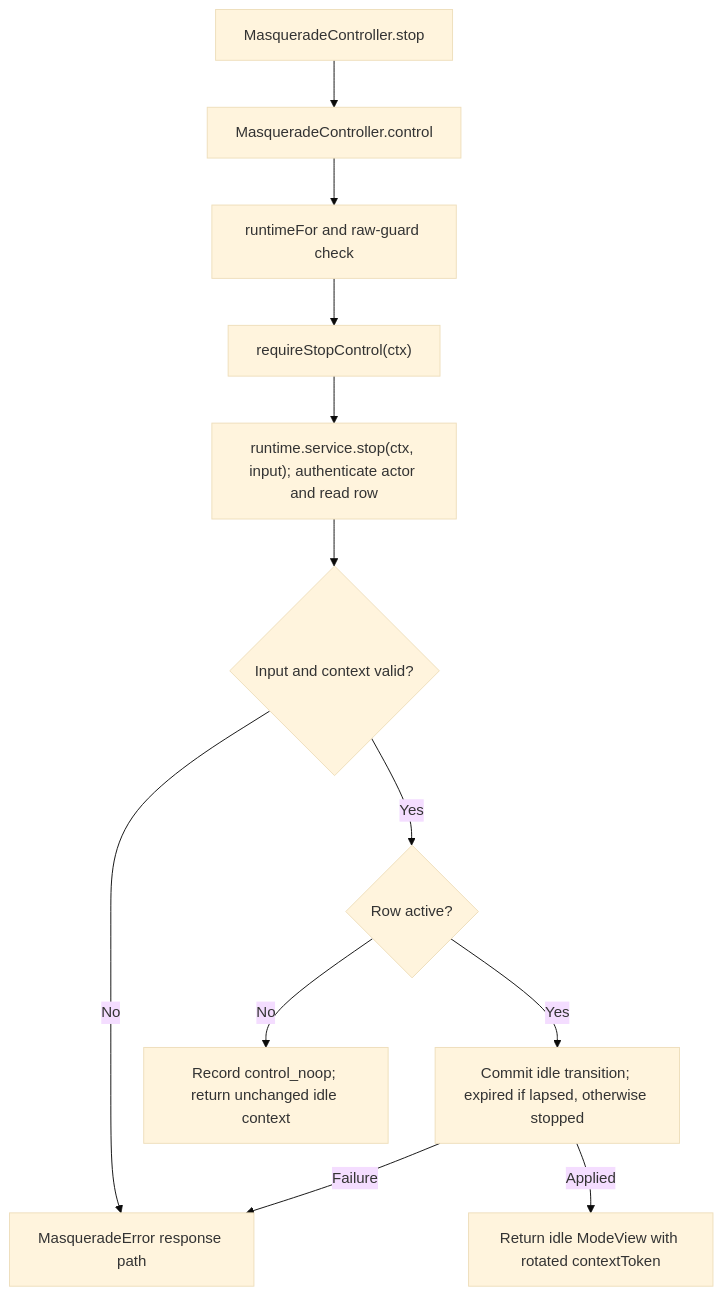
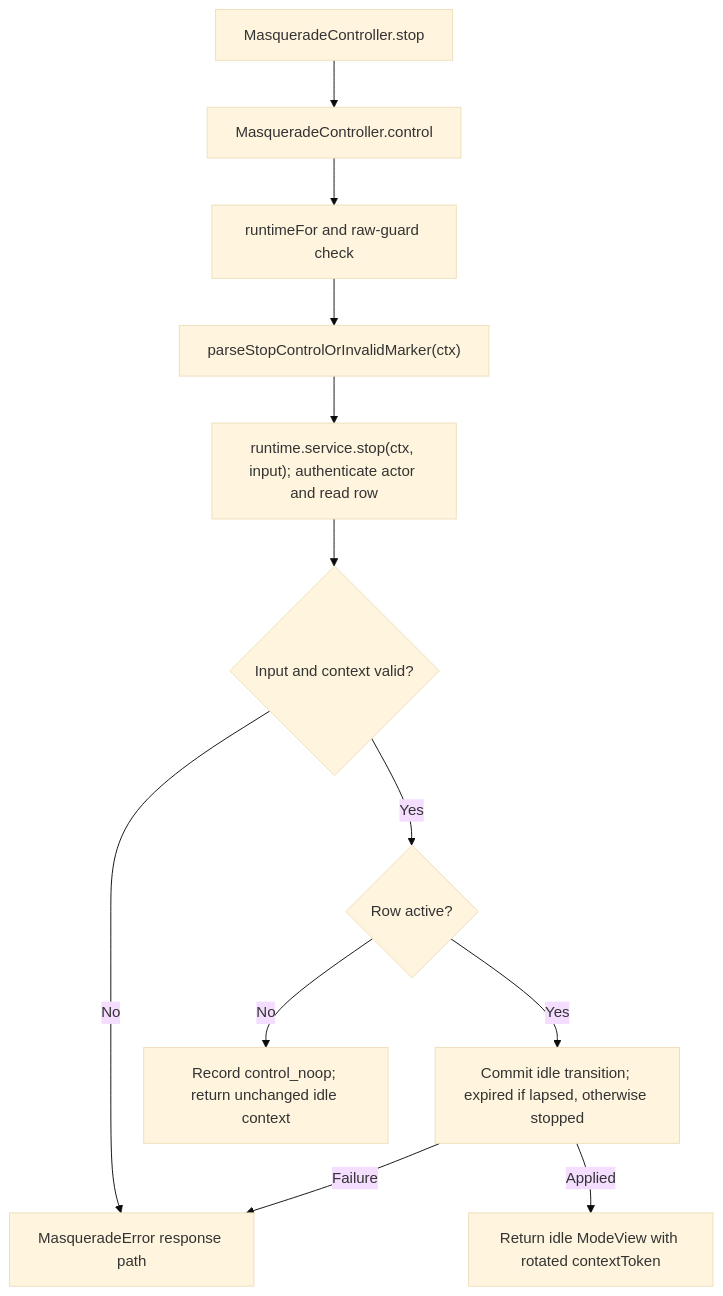
One commit to Kevinjohn/oss-adonisjs-masquerade changed the second of 2 diagrams in user-stories/start-stop-mode/us-actor-04-stop-mode.md. Above: the diagram before and after it, drawn with Mermaid (base theme). The commit also changed other lines of this file and 25 other files, not shown here.

````diff
--- a/user-stories/start-stop-mode/us-actor-04-stop-mode.md
+++ b/user-stories/start-stop-mode/us-actor-04-stop-mode.md
@@ -41,14 +41,14 @@
 ```mermaid
 flowchart TD
     A["MasqueradeController.stop"] --> B["MasqueradeController.control"]
     B --> C["runtimeFor and raw-guard check"]
-    C --> D["requireStopControl(ctx)"]
+    C --> D["parseStopControlOrInvalidMarker(ctx)"]
     D --> E["runtime.service.stop(ctx, input); authenticate actor and read row"]
     E --> F{"Input and context valid?"}
     F -->|No| H["MasqueradeError response path"]
     F -->|Yes| Q{"Row active?"}
     Q -->|No| K["Record control_noop; return unchanged idle context"]
     Q -->|Yes| G["Commit idle transition; expired if lapsed, otherwise stopped"]
     G -->|Failure| H
     G -->|Applied| I["Return idle ModeView with rotated contextToken"]
 ```
````
